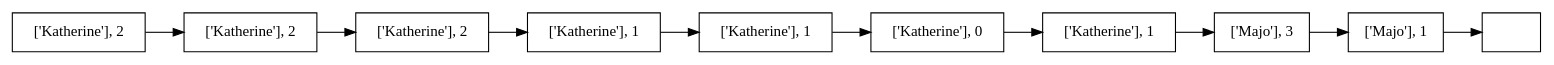
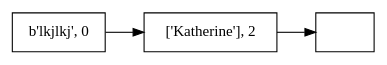
Before and after one commit to olgt/EDD_1S2019_P1_201612341: the diagram in ScoreboardReport.dot, drawn with Graphviz. The commit also changed 15 other files, not shown here.

```diff
--- a/ScoreboardReport.dot
+++ b/ScoreboardReport.dot
@@ -1,23 +1,9 @@
 digraph firstGraph{
 node [shape = record];
 rankdir=LR;
-node0 [label=" ['Katherine'], 2 "];
+node0 [label=" b'lkjlkj', 0 "];
 node0 -> node1;
 node1 [label=" ['Katherine'], 2 "];
 node1 -> node2;
-node2 [label=" ['Katherine'], 2 "];
-node2 -> node3;
-node3 [label=" ['Katherine'], 1 "];
-node3 -> node4;
-node4 [label=" ['Katherine'], 1 "];
-node4 -> node5;
-node5 [label=" ['Katherine'], 0 "];
-node5 -> node6;
-node6 [label=" ['Katherine'], 1 "];
-node6 -> node7;
-node7 [label=" ['Majo'], 3 "];
-node7 -> node8;
-node8 [label=" ['Majo'], 1 "];
-node8 -> node9;
-node9 [label="   "];
+node2 [label="   "];
 }
```
